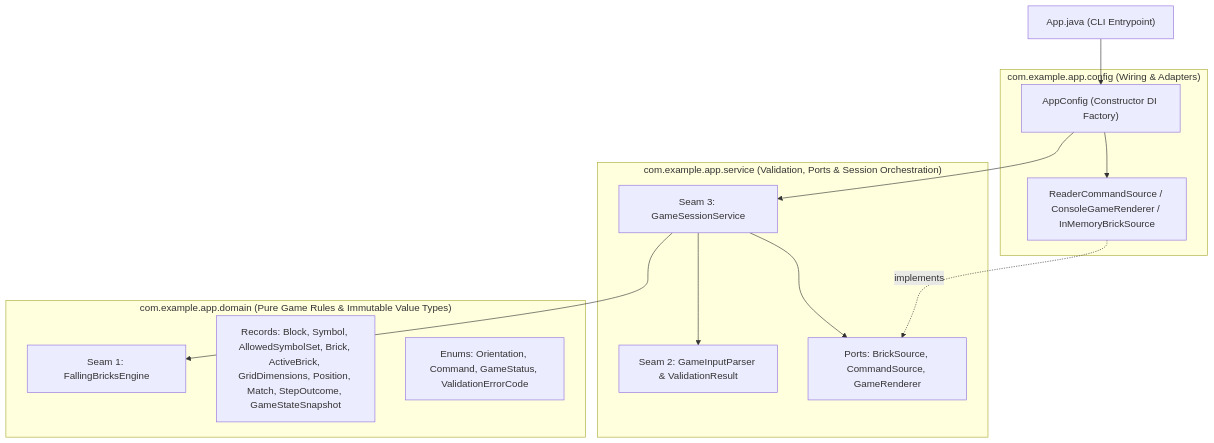
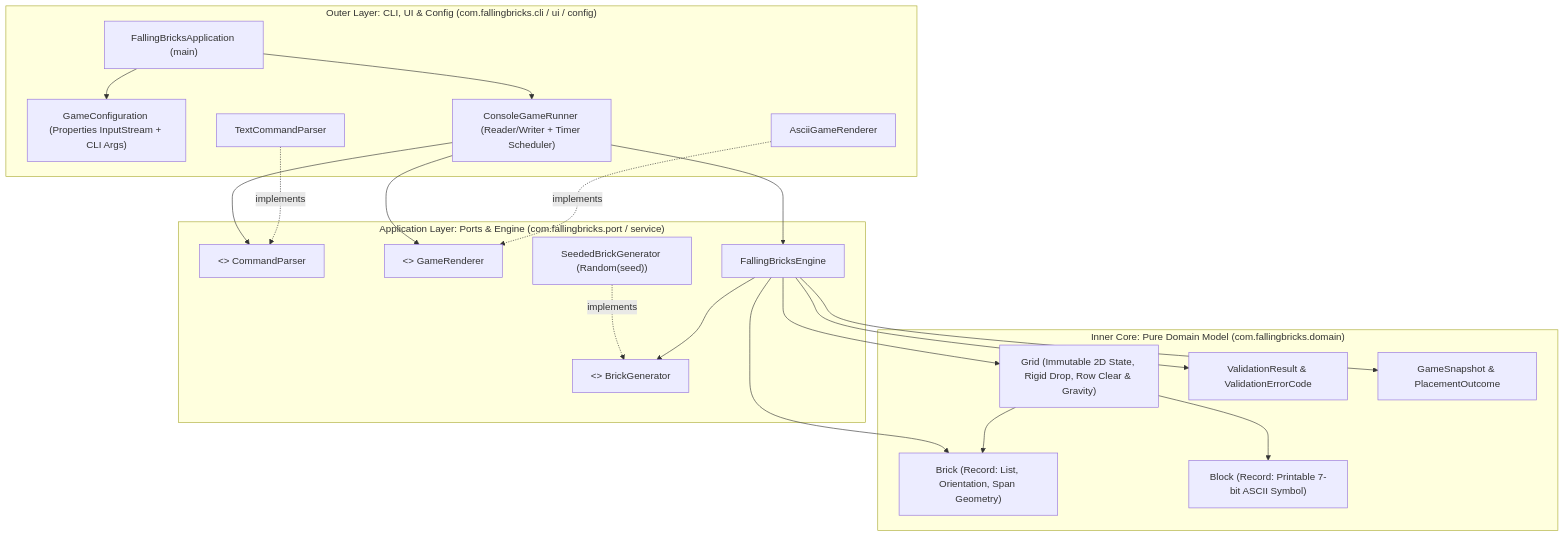
Before and after one commit to farmmatt/java-test: the diagram in openspec/changes/falling-bricks-game/design.md, drawn with Mermaid. The commit also changed other lines of this file and 6 other files, not shown here.

````diff
--- a/openspec/changes/falling-bricks-game/design.md
+++ b/openspec/changes/falling-bricks-game/design.md
@@ -45,27 +14,42 @@
 ```mermaid
 flowchart TD
-    subgraph Config ["com.example.app.config (Wiring & Adapters)"]
-        AppConfig["AppConfig (Constructor DI Factory)"]
-        StreamAdapters["ReaderCommandSource / ConsoleGameRenderer / InMemoryBrickSource"]
+    subgraph Adapters ["Outer Layer: CLI, UI & Config (com.fallingbricks.cli / ui / config)"]
+        Main["FallingBricksApplication (main)"]
+        Config["GameConfiguration (Properties InputStream + CLI Args)"]
+        Runner["ConsoleGameRunner (Reader/Writer + Timer Scheduler)"]
+        Parser["TextCommandParser"]
+        Renderer["AsciiGameRenderer"]
     end
 
-    subgraph Service ["com.example.app.service (Validation, Ports & Session Orchestration)"]
-        Parser["Seam 2: GameInputParser & ValidationResult<T>"]
-        Session["Seam 3: GameSessionService"]
-        Ports["Ports: BrickSource, CommandSource, GameRenderer"]
+    subgraph PortsAndService ["Application Layer: Ports & Engine (com.fallingbricks.port / service)"]
+        PortGen["<<interface>> BrickGenerator"]
+        PortParse["<<interface>> CommandParser"]
+        PortRender["<<interface>> GameRenderer"]
+        SeededGen["SeededBrickGenerator (Random(seed))"]
+        Engine["FallingBricksEngine"]
     end
 
-    subgraph Domain ["com.example.app.domain (Pure Game Rules & Immutable Value Types)"]
-        Engine["Seam 1: FallingBricksEngine"]
-        ValueTypes["Records: Block, Symbol, AllowedSymbolSet, Brick, ActiveBrick, GridDimensions, Position, Match, StepOutcome, GameStateSnapshot"]
-        Enums["Enums: Orientation, Command, GameStatus, ValidationErrorCode"]
+    subgraph Domain ["Inner Core: Pure Domain Model (com.fallingbricks.domain)"]
+        Grid["Grid (Immutable 2D State, Rigid Drop, Row Clear & Gravity)"]
+        Brick["Brick (Record: List<Block>, Orientation, Span Geometry)"]
+        Block["Block (Record: Printable 7-bit ASCII Symbol)"]
+        Validation["ValidationResult<T> & ValidationErrorCode"]
+        Snapshot["GameSnapshot & PlacementOutcome"]
     end
 
-    App["App.java (CLI Entrypoint)"] --> AppConfig
-    AppConfig --> Session
-    AppConfig --> StreamAdapters
-    StreamAdapters -.->|implements| Ports
-    Session --> Parser
-    Session --> Engine
-    Session --> Ports
+    Main --> Config
+    Main --> Runner
+    Runner --> PortParse
+    Runner --> PortRender
+    Runner --> Engine
+    Parser -.->|implements| PortParse
+    Renderer -.->|implements| PortRender
+    SeededGen -.->|implements| PortGen
+    Engine --> PortGen
+    Engine --> Grid
+    Engine --> Brick
+    Engine --> Validation
+    Engine --> Snapshot
+    Grid --> Block
+    Grid --> Brick
 ```
````
